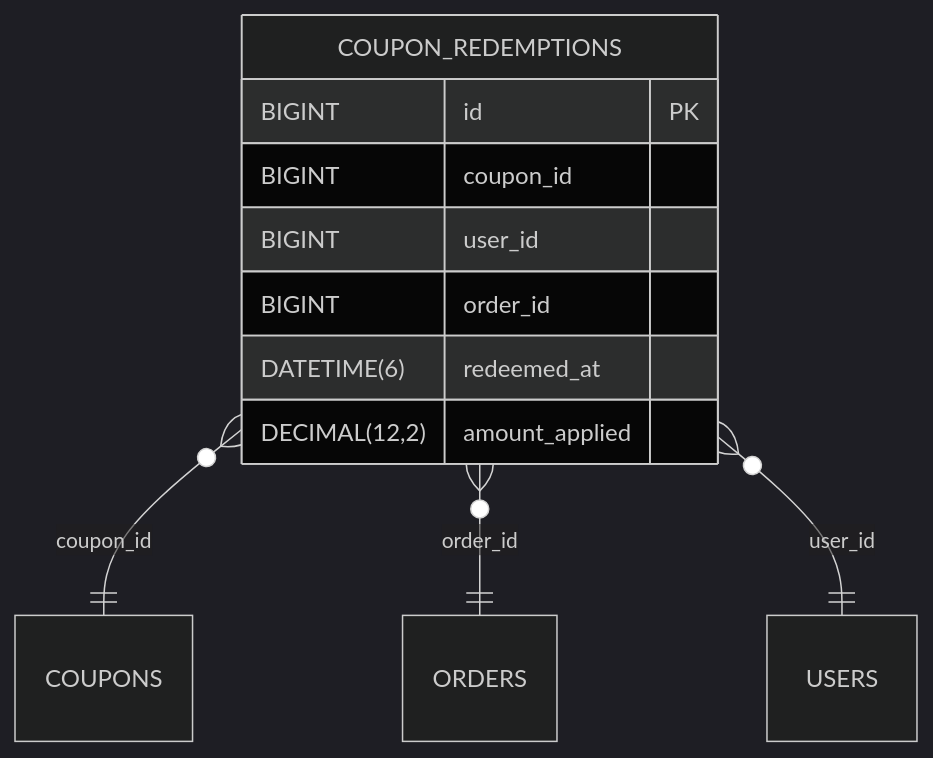
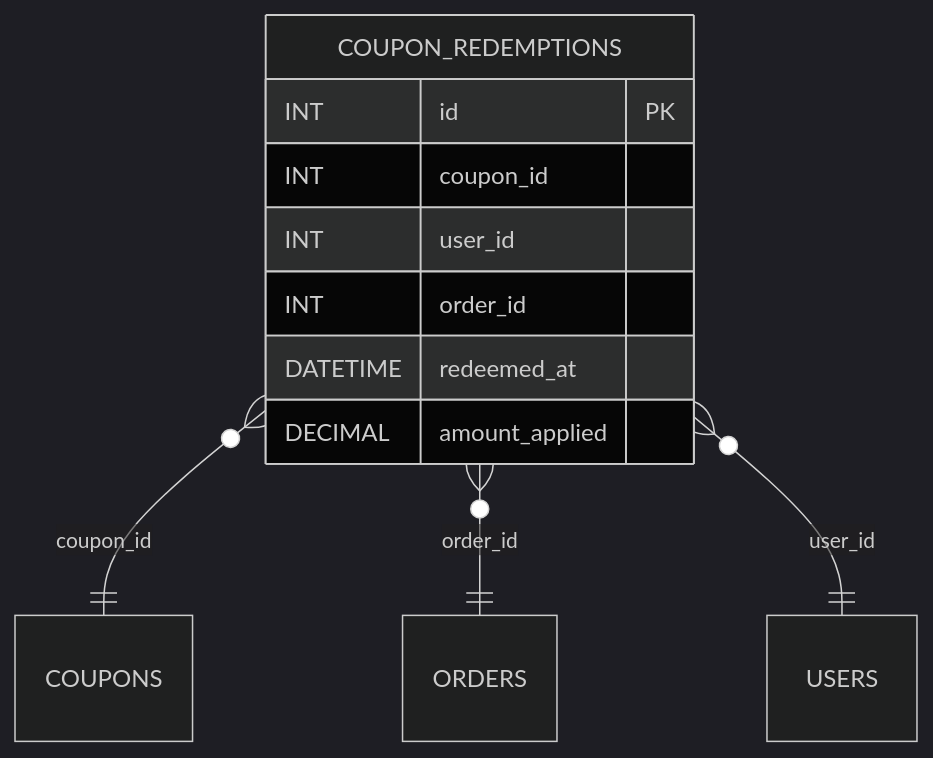
One commit to blackcatdatabase/table-coupon-redemptions changed the diagram in README.md. Above: the diagram before and after it, drawn with Mermaid (dark theme). The commit also changed other lines of this file, not shown here.

Commit message:
chore(schema): add/update generated schema + README (umbrella sync)

````diff
--- a/README.md
+++ b/README.md
@@ -52,14 +52,14 @@
 ```mermaid
 erDiagram
   COUPON_REDEMPTIONS {
-    BIGINT id PK
-    BIGINT coupon_id
-    BIGINT user_id
-    BIGINT order_id
-    DATETIME(6) redeemed_at
-    DECIMAL(12,2) amount_applied
+    INT id PK
+    INT coupon_id
+    INT user_id
+    INT order_id
+    DATETIME redeemed_at
+    DECIMAL amount_applied
   }
   COUPON_REDEMPTIONS }o--|| COUPONS : "coupon_id"
   COUPON_REDEMPTIONS }o--|| ORDERS : "order_id"
   COUPON_REDEMPTIONS }o--|| USERS : "user_id"
 ```
````
